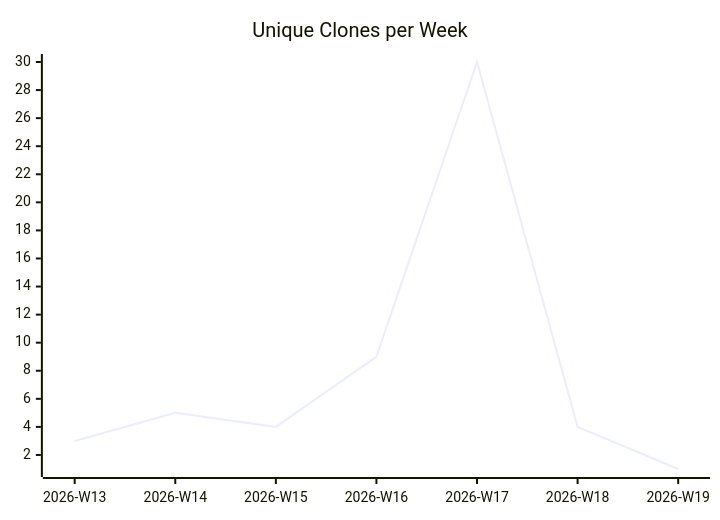
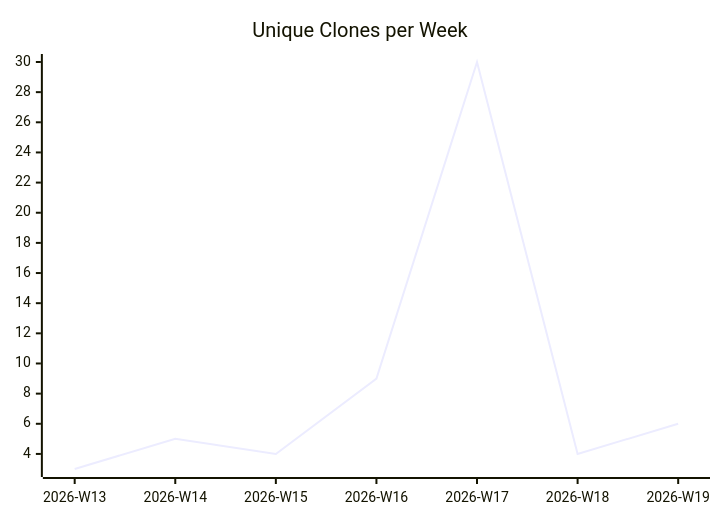
The third of 3 diagrams in karlmdavis/dotfiles/README.md (justdavis-family/github-analytics-data), drawn with Mermaid before and after one commit. The commit also changed other lines of this file and 177 other files, not shown here.

````diff
--- a/karlmdavis/dotfiles/README.md
+++ b/karlmdavis/dotfiles/README.md
@@ -19,6 +19,6 @@
 ```mermaid
 xychart-beta
   title "Unique Clones per Week"
   x-axis ["2026-W13", "2026-W14", "2026-W15", "2026-W16", "2026-W17", "2026-W18", "2026-W19"]
-  line [3, 5, 4, 9, 30, 4, 1]
+  line [3, 5, 4, 9, 30, 4, 6]
 ```
````
